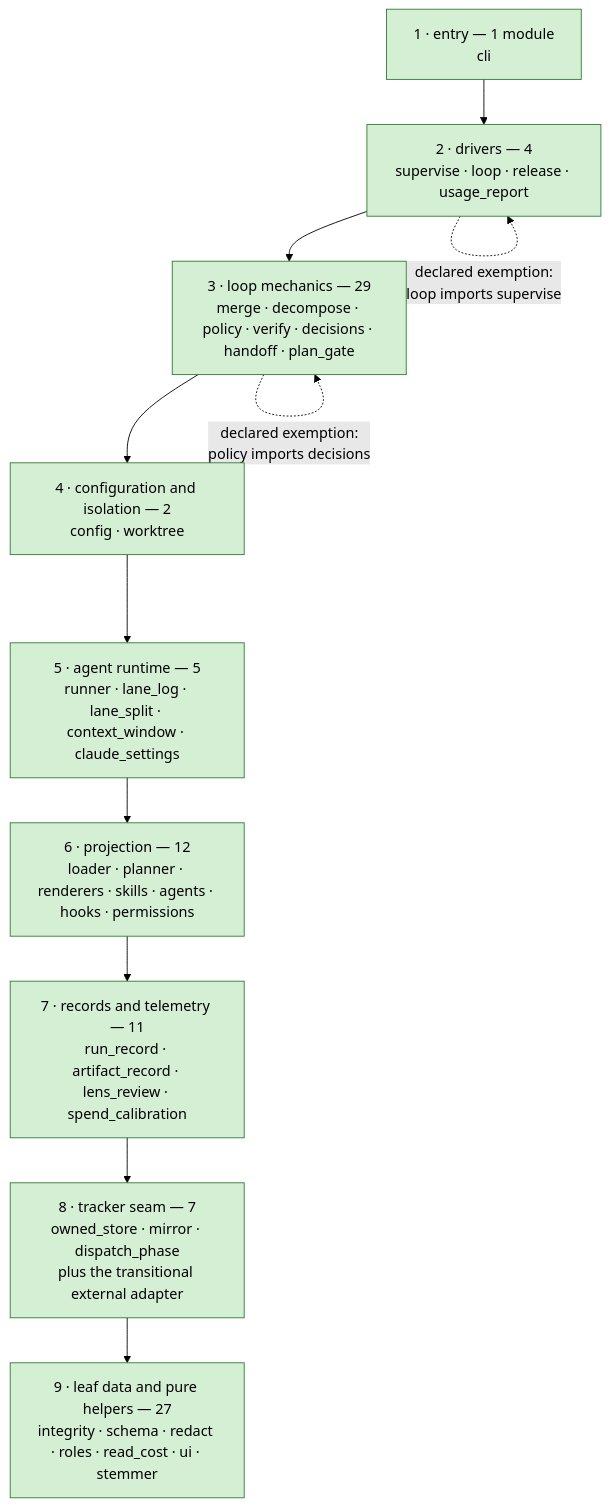
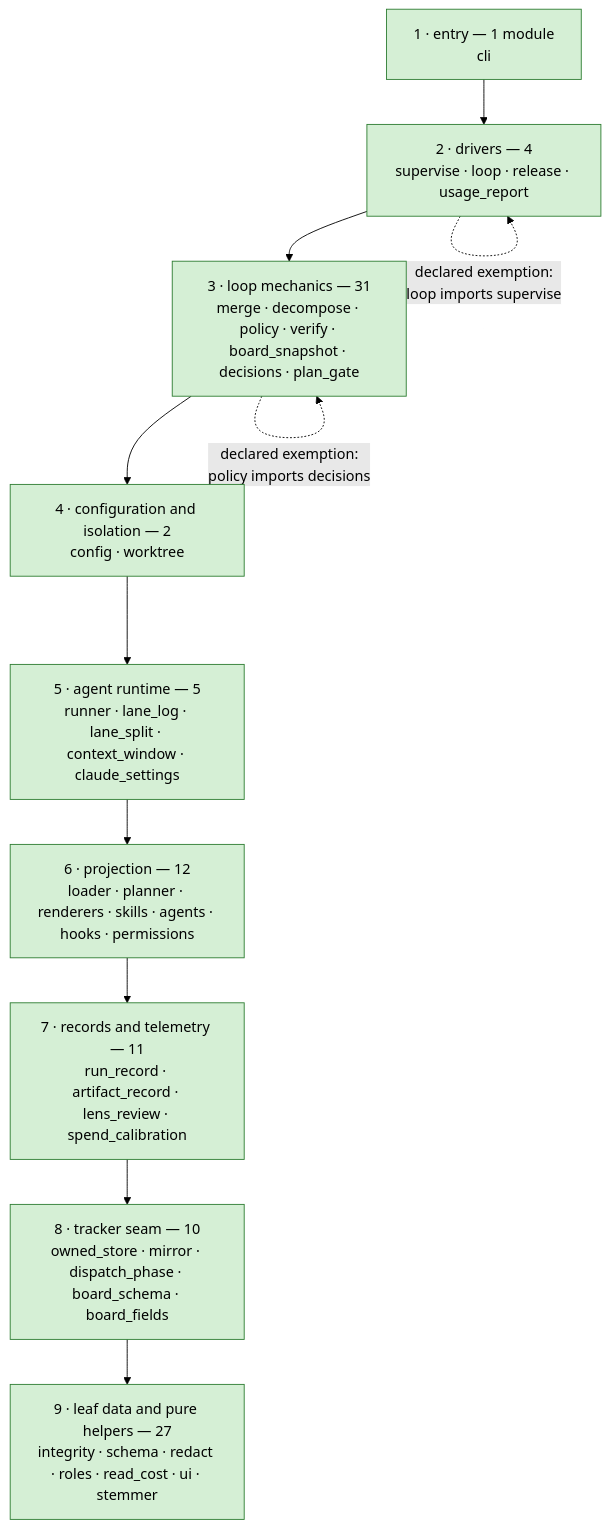
One commit to niksavis/basicly changed diagram 14 of 16 in docs/architecture/architecture.md. Above: the diagram before and after it, drawn with Mermaid (forest theme). The commit also changed other lines of this file and 12 other files, not shown here.

Commit message:
feat(board): build the harness board snapshot from files alone (basicly-rn0o.2)

````diff
--- a/docs/architecture/architecture.md
+++ b/docs/architecture/architecture.md
@@ -3290,19 +3290,19 @@
 ```mermaid
 flowchart TB
   b1["1 · entry — 1 module<br/>cli"]
   b2["2 · drivers — 4<br/>supervise · loop · release · usage_report"]
-  b3["3 · loop mechanics — 29<br/>merge · decompose · policy · verify · decisions · handoff · plan_gate"]
+  b3["3 · loop mechanics — 31<br/>merge · decompose · policy · verify · board_snapshot · decisions · plan_gate"]
   b4["4 · configuration and isolation — 2<br/>config · worktree"]
   b5["5 · agent runtime — 5<br/>runner · lane_log · lane_split · context_window · claude_settings"]
   b6["6 · projection — 12<br/>loader · planner · renderers · skills · agents · hooks · permissions"]
   b7["7 · records and telemetry — 11<br/>run_record · artifact_record · lens_review · spend_calibration"]
-  b8["8 · tracker seam — 7<br/>owned_store · mirror · dispatch_phase<br/>plus the transitional external adapter"]
+  b8["8 · tracker seam — 10<br/>owned_store · mirror · dispatch_phase · board_schema · board_fields"]
   b9["9 · leaf data and pure helpers — 27<br/>integrity · schema · redact · roles · read_cost · ui · stemmer"]
 
   b1 --> b2 --> b3 --> b4 --> b5 --> b6 --> b7 --> b8 --> b9
   b2 -.->|"declared exemption:<br/>loop imports supervise"| b2
   b3 -.->|"declared exemption:<br/>policy imports decisions"| b3
 
   classDef shipped fill:#d5efd5,stroke:#2e7d32,color:#000
   class b1,b2,b3,b4,b5,b6,b7,b8,b9 shipped
 ```
````
